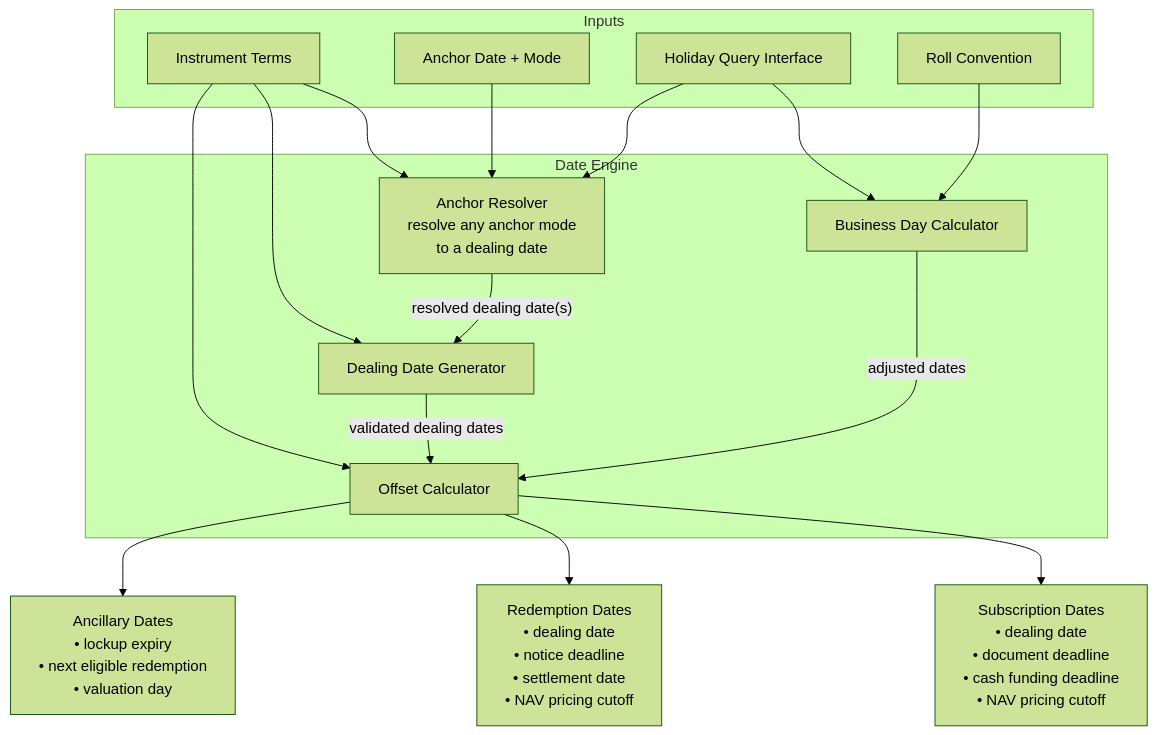
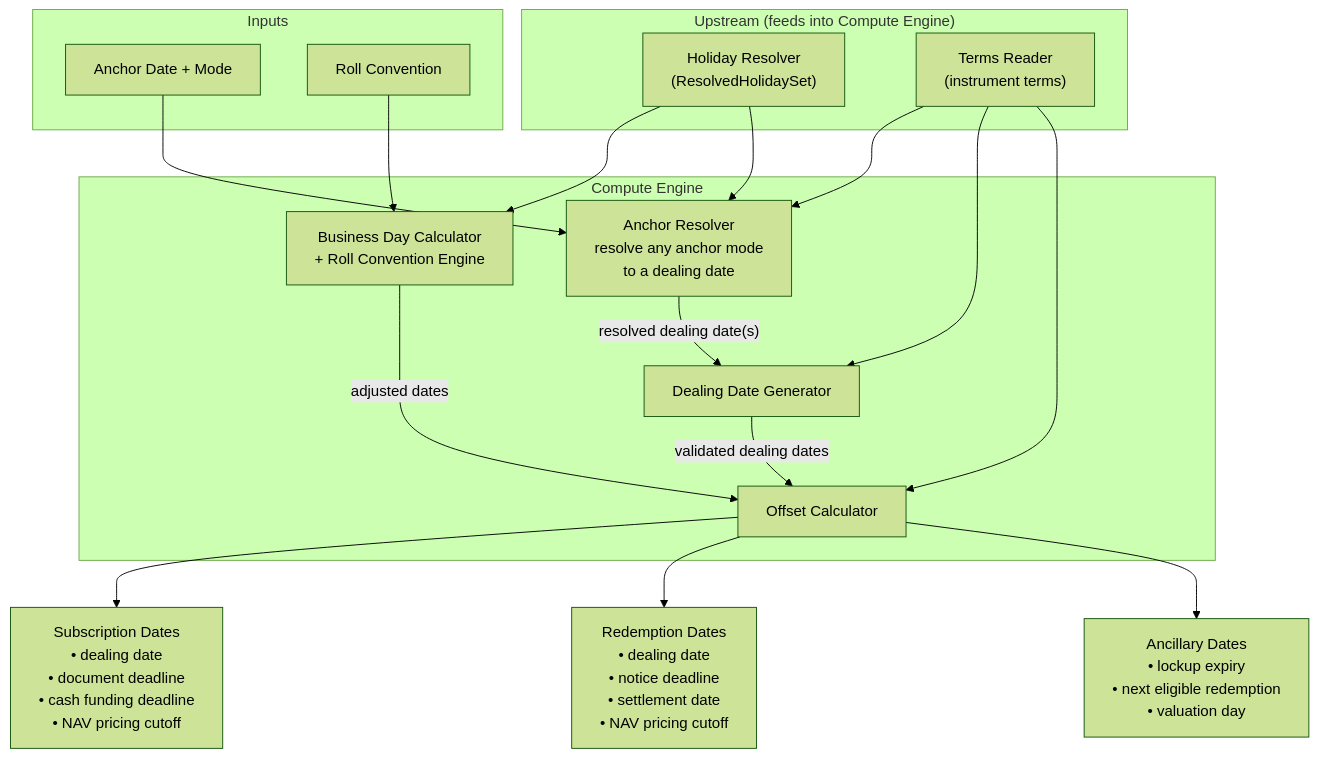
Before and after one commit to Ashu290905/OSYTE: the fourth of 8 diagrams in lcs-main/docs/architecture.md, drawn with Mermaid (forest theme). The commit also changed other lines of this file, not shown here.

First line of the commit message:
Refactor architecture: Holiday Resolver with caching, Compute Engine, Terms Reader

````diff
--- a/lcs-main/docs/architecture.md
+++ b/lcs-main/docs/architecture.md
@@ -214,32 +255,35 @@
 ```mermaid
 graph TD
+    subgraph "Upstream (feeds into Compute Engine)"
+        HS["Holiday Resolver<br/>(ResolvedHolidaySet)"]
+        TR["Terms Reader<br/>(instrument terms)"]
+    end
+
     subgraph Inputs
-        T["Instrument Terms"]
         A["Anchor Date + Mode"]
-        H["Holiday Query Interface"]
         RC["Roll Convention"]
     end
 
-    subgraph "Date Engine"
+    subgraph "Compute Engine"
         AR["Anchor Resolver<br/>resolve any anchor mode<br/>to a dealing date"]
         DDG["Dealing Date Generator"]
-        BDC["Business Day Calculator"]
+        BDC["Business Day Calculator<br/>+ Roll Convention Engine"]
         OC["Offset Calculator"]
 
         A --> AR
         AR -->|"resolved dealing date(s)"| DDG
         DDG -->|"validated dealing dates"| OC
         BDC -->|"adjusted dates"| OC
     end
 
-    T --> AR
-    T --> DDG
-    T --> OC
-    H --> BDC
-    H --> AR
+    HS --> BDC
+    HS --> AR
+    TR --> AR
+    TR --> DDG
+    TR --> OC
     RC --> BDC
 
     OC --> SUB["Subscription Dates<br/>• dealing date<br/>• document deadline<br/>• cash funding deadline<br/>• NAV pricing cutoff"]
     OC --> RED["Redemption Dates<br/>• dealing date<br/>• notice deadline<br/>• settlement date<br/>• NAV pricing cutoff"]
     OC --> META["Ancillary Dates<br/>• lockup expiry<br/>• next eligible redemption<br/>• valuation day"]
 ```
````
